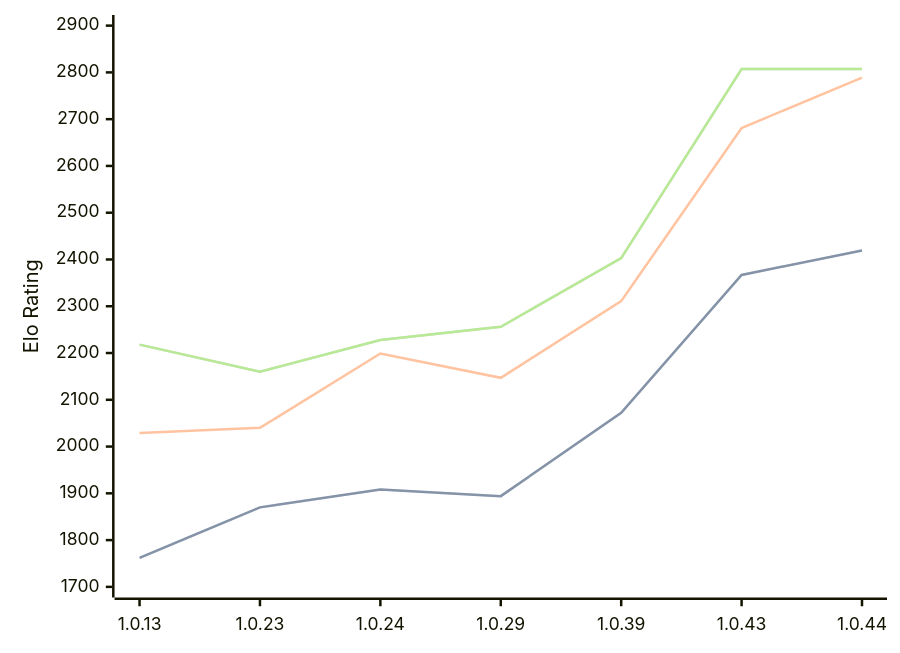
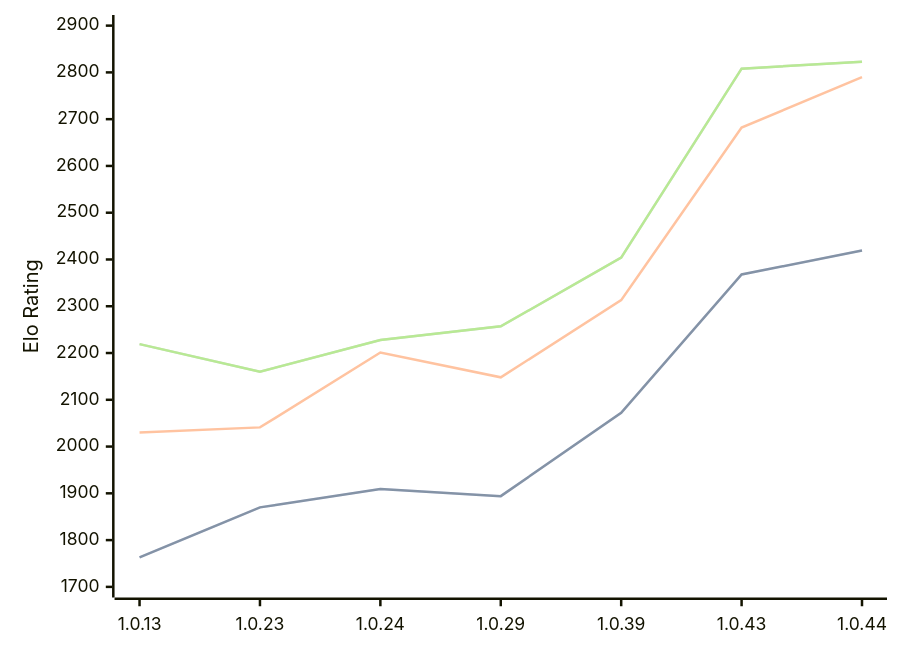
The diagram in engines/RustyRival.md (computer-chess-index/cci), drawn with Mermaid before and after one commit. The commit also changed other lines of this file, not shown here.

Commit message:
Update CCI Ratings (ELO VLTC) - 2026-07-24

````diff
--- a/engines/RustyRival.md
+++ b/engines/RustyRival.md
@@ -70,11 +72,11 @@
 ```mermaid
 %%{init: {"theme":"base","themeVariables":{"seriesColors:['#a3a3a3','#222221','#faa371']}}}%%
 xychart-beta
   x-axis ["1.0.13", "1.0.23", "1.0.24", "1.0.29", "1.0.39", "1.0.43", "1.0.44"]
   y-axis "Elo Rating" 1700 --> 2900
-  line "STC (8.0+0.08s)" [1762, 1870, 1908, 1894, 2072, 2367, 2419]
-  line "STC (8.0+0.08s)" [1762, 1870, 1908, 1894, 2072, 2367, 2419]
-  line "LTC (60.0+0.60s)" [2029, 2040, 2199, 2147, 2311, 2681, 2789]
-  line "VLTC (2m24s+1.12s)" [2218, 2160, 2228, 2256, 2403, 2807, 2807]
-  line "VLTC (2m24s+1.12s)" [2218, 2160, 2228, 2256, 2403, 2807, 2807]
+  line "STC (8.0+0.08s)" [1763, 1870, 1909, 1894, 2072, 2368, 2419]
+  line "STC (8.0+0.08s)" [1763, 1870, 1909, 1894, 2072, 2368, 2419]
+  line "LTC (60.0+0.60s)" [2030, 2041, 2201, 2148, 2313, 2682, 2790]
+  line "VLTC (2m24s+1.12s)" [2219, 2160, 2228, 2257, 2404, 2808, 2823]
+  line "VLTC (2m24s+1.12s)" [2219, 2160, 2228, 2257, 2404, 2808, 2823]
 ```
````
